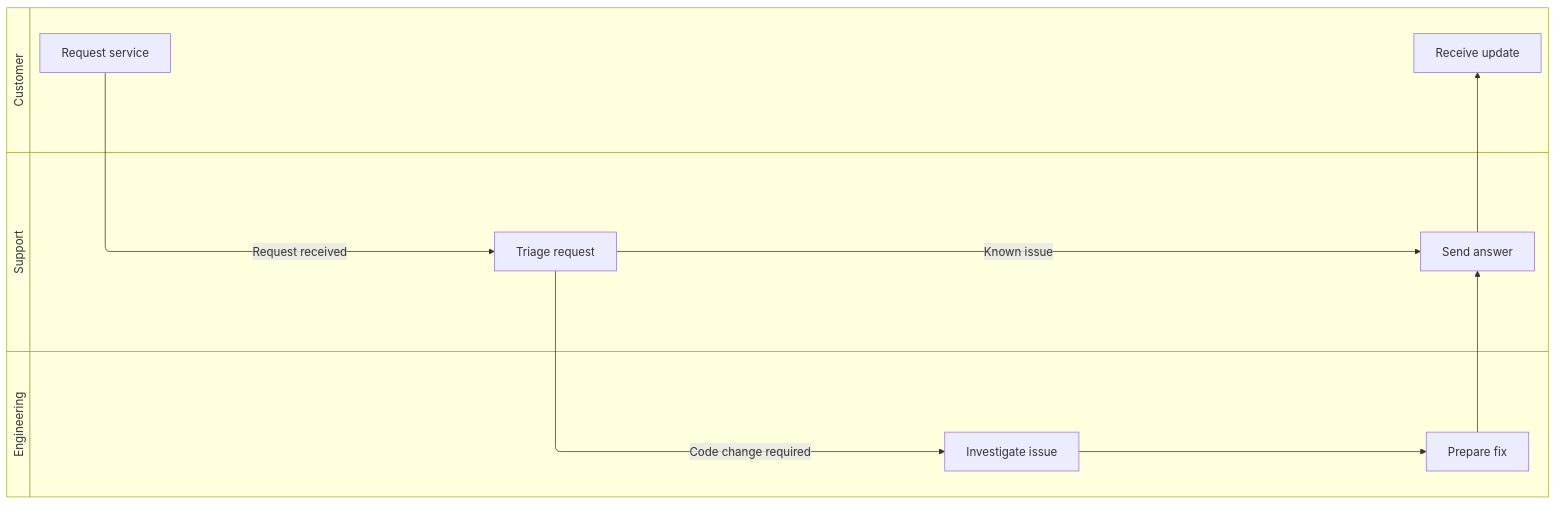
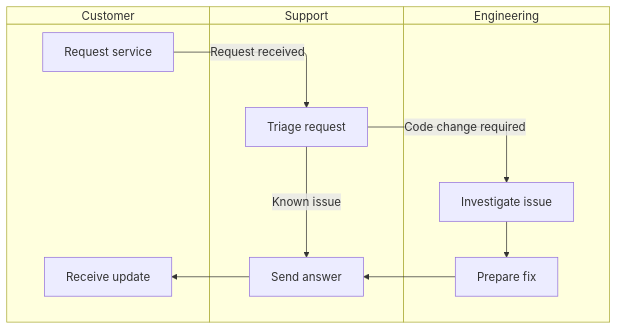
The first of 2 diagrams in src/rulesync/.rulesync/skills/mols-mermaid-diagram/references/examples/swimlanes.md (mols3131d/mols-agent-assets), drawn with Mermaid before and after one commit. The commit also changed other lines of this file and 17 other files, not shown here.

Commit message:
feat(mermaid): viewport 및 reference 지침 개선

````diff
--- a/src/rulesync/.rulesync/skills/mols-mermaid-diagram/references/examples/swimlanes.md
+++ b/src/rulesync/.rulesync/skills/mols-mermaid-diagram/references/examples/swimlanes.md
@@ -9,23 +9,23 @@
 ```mermaid
-swimlane-beta LR
+swimlane-beta
     subgraph customer [Customer]
         request[Request service]
         receive[Receive update]
     end
 
     subgraph support [Support]
         triage[Triage request]
         answer[Send answer]
     end
 
     subgraph engineering [Engineering]
         investigate[Investigate issue]
         fix[Prepare fix]
     end
 
     request -->|Request received| triage
     triage -->|Known issue| answer
     triage -->|Code change required| investigate
     investigate --> fix --> answer
     answer --> receive
 ```
````
